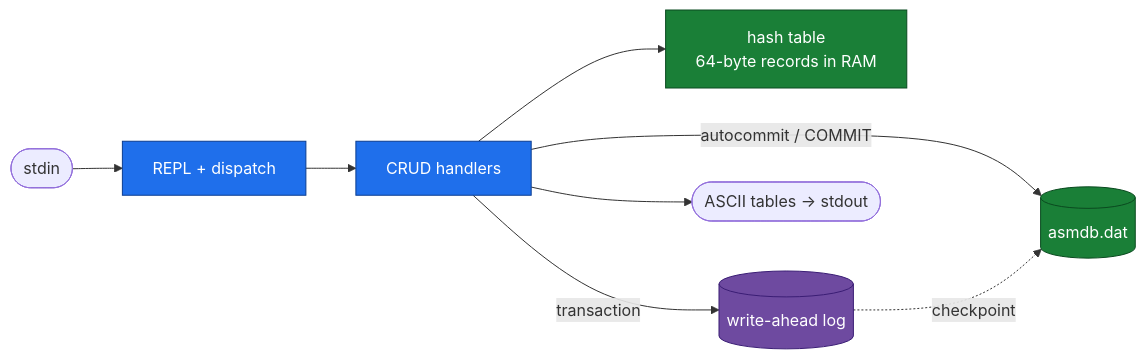
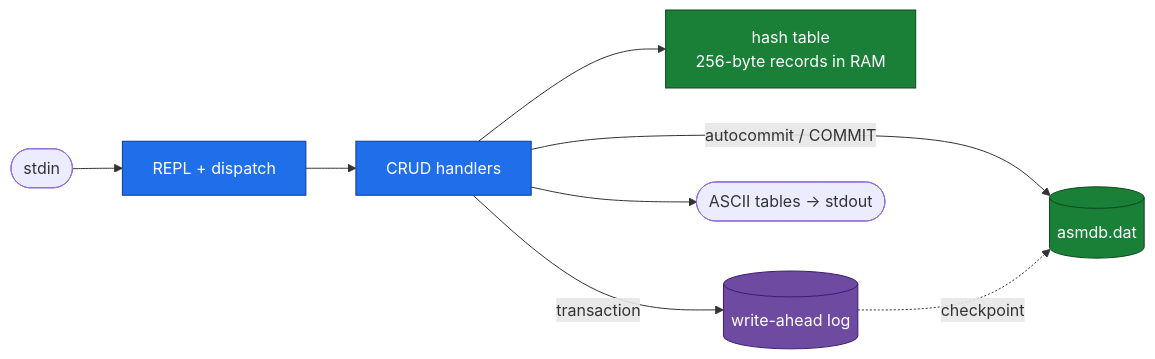
The diagram in README.md (fredgis/asmDB), drawn with Mermaid before and after one commit. The commit also changed other lines of this file and 23 other files, not shown here.

First line of the commit message:
Agent-memory schema, MCP server, ENGINE.md spec, and new banner

````diff
--- a/README.md
+++ b/README.md
@@ -165,17 +217,17 @@
 ```mermaid
 flowchart LR
     IN([stdin]) --> REPL[REPL + dispatch]
     REPL --> CRUD[CRUD handlers]
-    CRUD --> HASH[hash table<br/>64-byte records in RAM]
+    CRUD --> HASH[hash table<br/>256-byte records in RAM]
     CRUD -->|autocommit / COMMIT| DAT[(asmdb.dat)]
     CRUD -->|transaction| WAL[(write-ahead log)]
     WAL -. checkpoint .-> DAT
     CRUD --> OUT([ASCII tables → stdout])
 
     classDef a fill:#1f6feb,stroke:#0b3d91,color:#fff
     classDef b fill:#1a7f37,stroke:#0b4a20,color:#fff
     classDef c fill:#6e4aa0,stroke:#3b1e75,color:#fff
     class REPL,CRUD a
     class HASH,DAT b
     class WAL c
 ```
````
